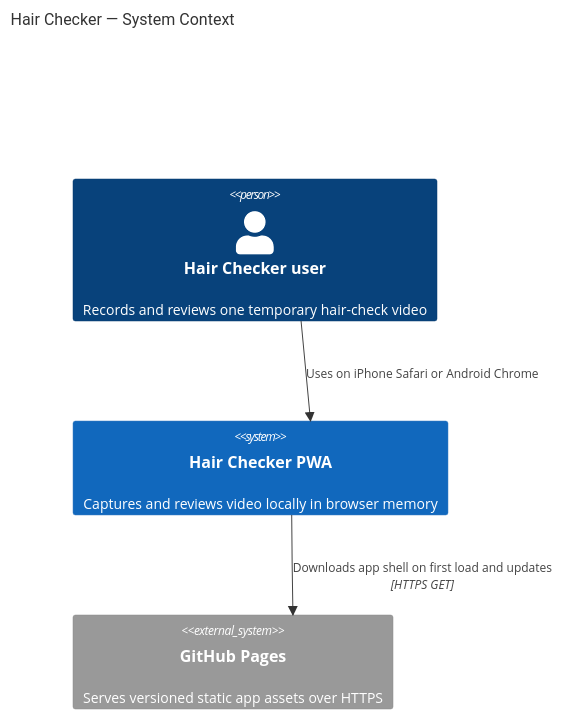
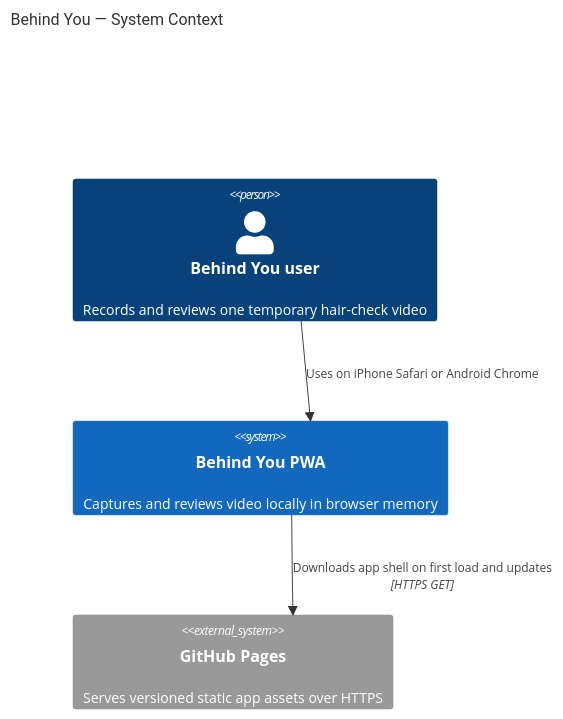
Before and after one commit to aweijnitz/behindyou: the first of 6 diagrams in ARCHITECTURE.md, drawn with Mermaid. The commit also changed other lines of this file and 17 other files, not shown here.

Commit message:
Release Behind You 1.1.0

````diff
--- a/ARCHITECTURE.md
+++ b/ARCHITECTURE.md
@@ -11,10 +11,10 @@
 ```mermaid
 C4Context
-  title Hair Checker — System Context
-  Person(user, "Hair Checker user", "Records and reviews one temporary hair-check video")
-  System(hairChecker, "Hair Checker PWA", "Captures and reviews video locally in browser memory")
+  title Behind You — System Context
+  Person(user, "Behind You user", "Records and reviews one temporary hair-check video")
+  System(behindYou, "Behind You PWA", "Captures and reviews video locally in browser memory")
   System_Ext(githubPages, "GitHub Pages", "Serves versioned static app assets over HTTPS")
 
-  Rel(user, hairChecker, "Uses on iPhone Safari or Android Chrome")
-  Rel(hairChecker, githubPages, "Downloads app shell on first load and updates", "HTTPS GET")
+  Rel(user, behindYou, "Uses on iPhone Safari or Android Chrome")
+  Rel(behindYou, githubPages, "Downloads app shell on first load and updates", "HTTPS GET")
 ```
````
